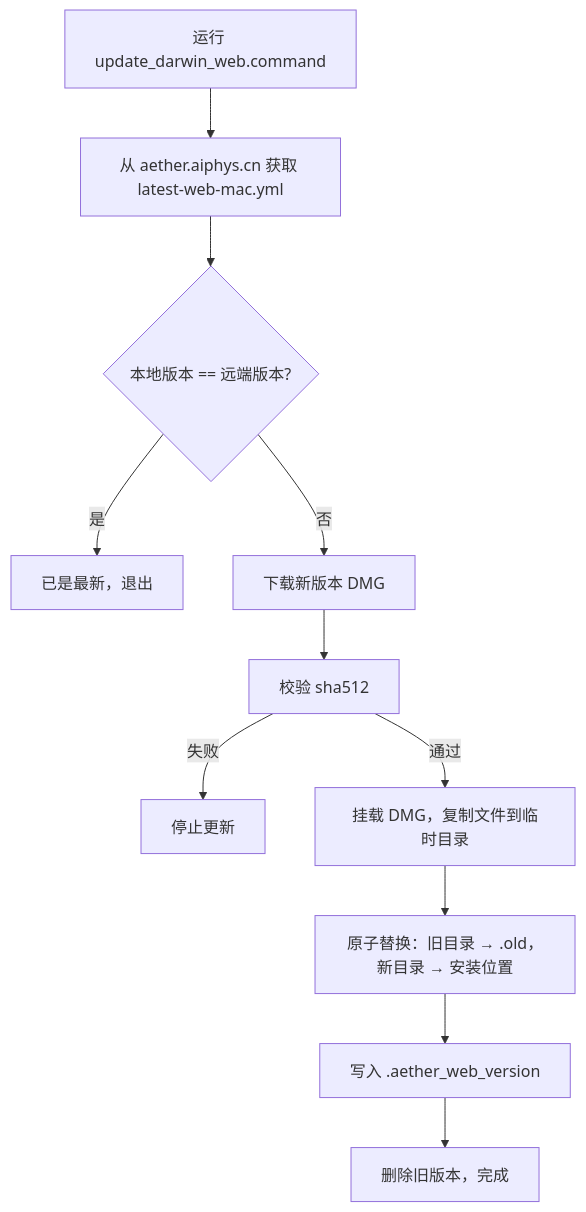
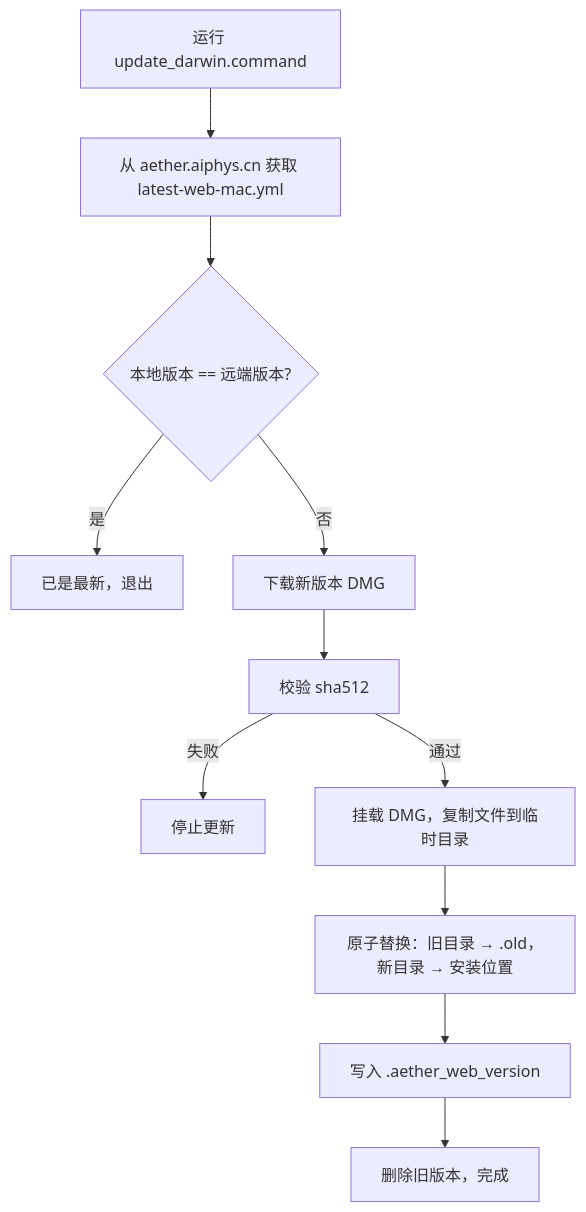
The diagram in docs/versioning.md (Science-Discovery/Aether), drawn with Mermaid before and after one commit. The commit also changed other lines of this file and 9 other files, not shown here.

````diff
--- a/docs/versioning.md
+++ b/docs/versioning.md
@@ -159,13 +159,13 @@
 ```mermaid
 flowchart TD
-    A[运行 update_darwin_web.command] --> B[从 aether.aiphys.cn 获取 latest-web-mac.yml]
+    A[运行 update_darwin.command] --> B[从 aether.aiphys.cn 获取 latest-web-mac.yml]
     B --> C{本地版本 == 远端版本?}
     C -->|是| D[已是最新，退出]
     C -->|否| E[下载新版本 DMG]
     E --> F[校验 sha512]
     F -->|失败| G[停止更新]
     F -->|通过| H[挂载 DMG，复制文件到临时目录]
     H --> I[原子替换：旧目录 → .old，新目录 → 安装位置]
     I --> J[写入 .aether_web_version]
     J --> K[删除旧版本，完成]
 ```
````
